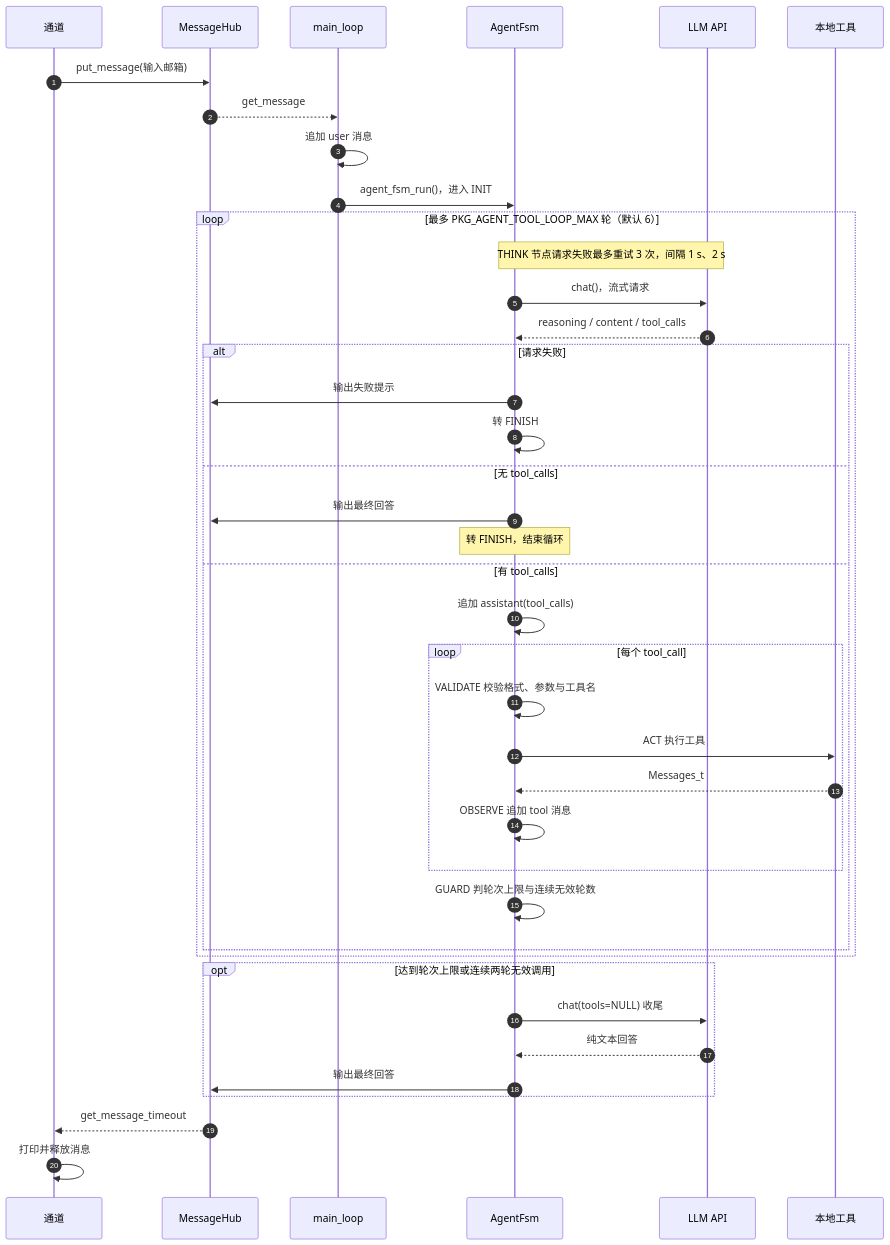
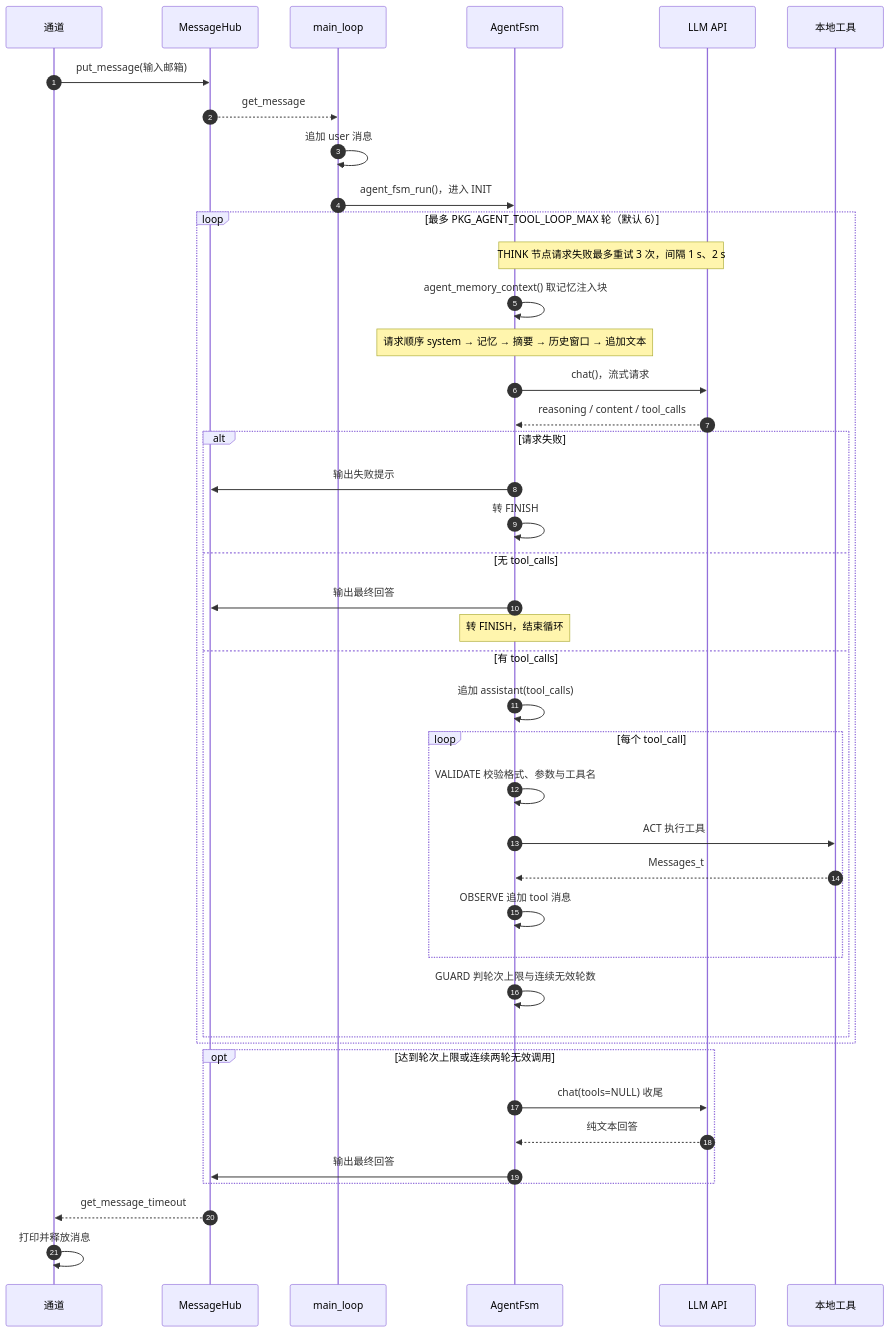
One commit to CXSforHPU/Agent changed the first of 2 diagrams in docs/framework.md. Above: the diagram before and after it, drawn with Mermaid. The commit also changed other lines of this file and 2 other files, not shown here.

````diff
--- a/docs/framework.md
+++ b/docs/framework.md
@@ -506,47 +534,49 @@
 ```mermaid
 sequenceDiagram
     autonumber
     participant CH as 通道
     participant MB as MessageHub
     participant ML as main_loop
     participant FSM as AgentFsm
     participant LLM as LLM API
     participant TL as 本地工具
 
     CH->>MB: put_message(输入邮箱)
     MB-->>ML: get_message
     ML->>ML: 追加 user 消息
     ML->>FSM: agent_fsm_run()，进入 INIT
 
     loop 最多 PKG_AGENT_TOOL_LOOP_MAX 轮（默认 6）
         Note over FSM,LLM: THINK 节点请求失败最多重试 3 次，间隔 1 s、2 s
+        FSM->>FSM: agent_memory_context() 取记忆注入块
+        Note over FSM: 请求顺序 system → 记忆 → 摘要 → 历史窗口 → 追加文本
         FSM->>LLM: chat()，流式请求
         LLM-->>FSM: reasoning / content / tool_calls
 
         alt 请求失败
             FSM->>MB: 输出失败提示
             FSM->>FSM: 转 FINISH
         else 无 tool_calls
             FSM->>MB: 输出最终回答
             Note over FSM: 转 FINISH，结束循环
         else 有 tool_calls
             FSM->>FSM: 追加 assistant(tool_calls)
             loop 每个 tool_call
                 FSM->>FSM: VALIDATE 校验格式、参数与工具名
                 FSM->>TL: ACT 执行工具
                 TL-->>FSM: Messages_t
                 FSM->>FSM: OBSERVE 追加 tool 消息
             end
             FSM->>FSM: GUARD 判轮次上限与连续无效轮数
         end
     end
 
     opt 达到轮次上限或连续两轮无效调用
         FSM->>LLM: chat(tools=NULL) 收尾
         LLM-->>FSM: 纯文本回答
         FSM->>MB: 输出最终回答
     end
 
     MB-->>CH: get_message_timeout
     CH->>CH: 打印并释放消息
 ```
````
